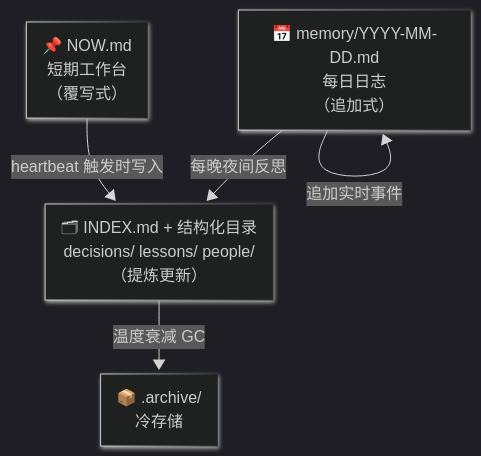
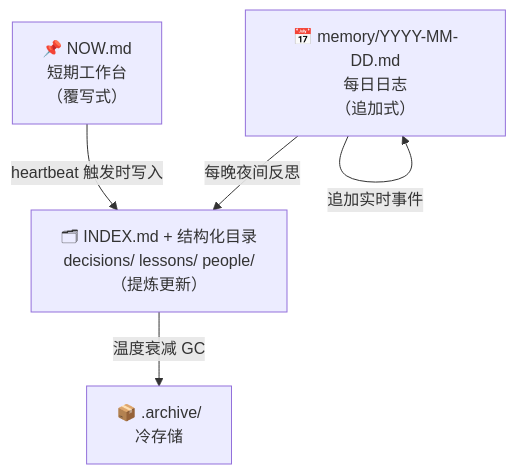
The tenth of 10 diagrams in docs/ch02-concepts/reference-memory-and-context.md (zht043/AgenticCodingTutorial), drawn with Mermaid before and after one commit. The commit also changed other lines of this file and 100 other files, not shown here.

````diff
--- a/docs/ch02-concepts/reference-memory-and-context.md
+++ b/docs/ch02-concepts/reference-memory-and-context.md
@@ -385,17 +380,12 @@
 ```mermaid
----
-config:
-  look: neo
-  theme: dark
----
 flowchart TB
     NOW["📌 NOW.md<br/>短期工作台<br/>（覆写式）"]
     DAY["📅 memory/YYYY-MM-DD.md<br/>每日日志<br/>（追加式）"]
     IDX["🗂 INDEX.md + 结构化目录<br/>decisions/ lessons/ people/<br/>（提炼更新）"]
     ARC["📦 .archive/<br/>冷存储"]
 
     NOW -->|"heartbeat 触发时写入"| IDX
     DAY -->|"追加实时事件"| DAY
     DAY -->|"每晚夜间反思"| IDX
     IDX -->|"温度衰减 GC"| ARC
 ```
````
